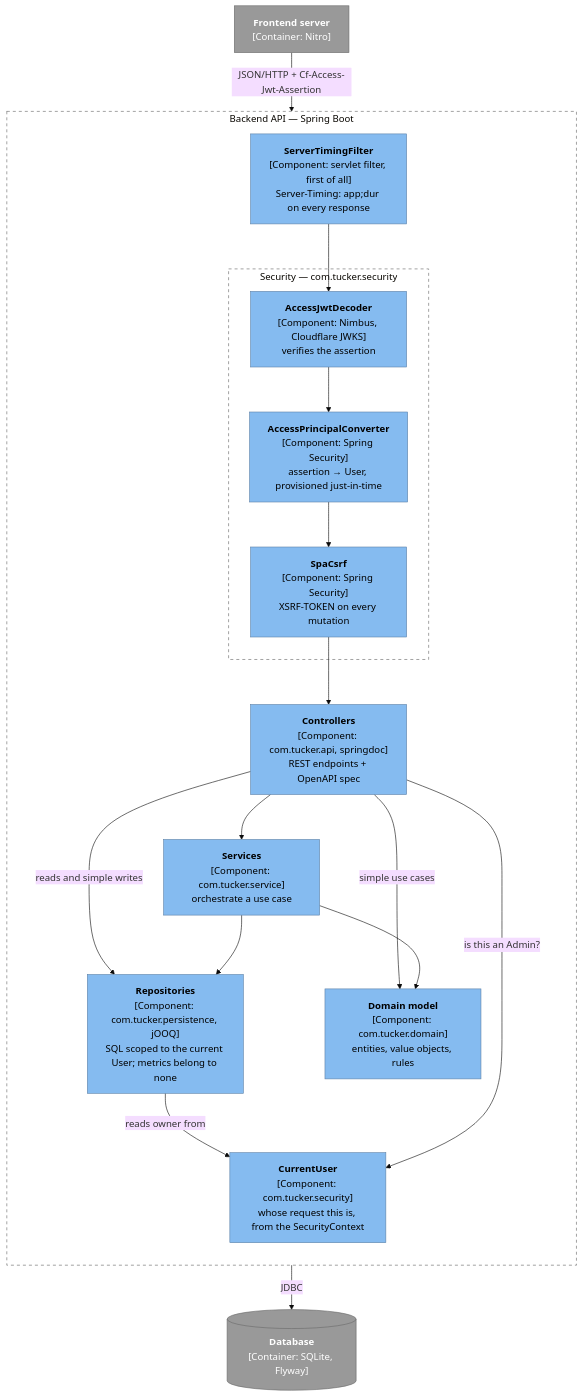
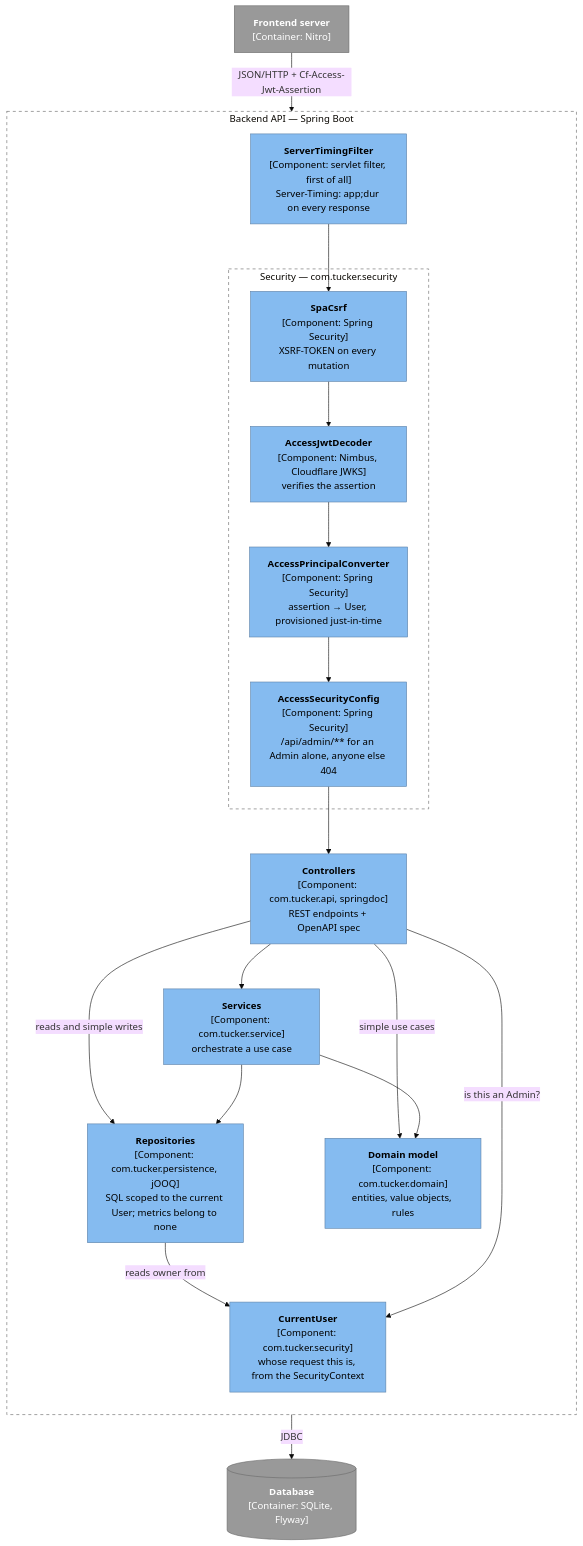
One commit to skrymer/tucker changed the fourth of 10 diagrams in docs/architecture.md. Above: the diagram before and after it, drawn with Mermaid (base theme). The commit also changed other lines of this file and 35 other files, not shown here.

````diff
--- a/docs/architecture.md
+++ b/docs/architecture.md
@@ -160,39 +160,41 @@
 ```mermaid
 flowchart TD
   web["<b>Frontend server</b><br/>[Container: Nitro]"]:::ext
 
   subgraph api["Backend API — Spring Boot"]
     direction TB
     timing["<b>ServerTimingFilter</b><br/>[Component: servlet filter, first of all]<br/>Server-Timing: app;dur on every response"]:::component
     subgraph sec["Security — com.tucker.security"]
       jwt["<b>AccessJwtDecoder</b><br/>[Component: Nimbus, Cloudflare JWKS]<br/>verifies the assertion"]:::component
       principal["<b>AccessPrincipalConverter</b><br/>[Component: Spring Security]<br/>assertion → User, provisioned just-in-time"]:::component
       csrf["<b>SpaCsrf</b><br/>[Component: Spring Security]<br/>XSRF-TOKEN on every mutation"]:::component
+      authz["<b>AccessSecurityConfig</b><br/>[Component: Spring Security]<br/>/api/admin/** for an Admin alone, anyone else 404"]:::component
     end
     current["<b>CurrentUser</b><br/>[Component: com.tucker.security]<br/>whose request this is, from the SecurityContext"]:::component
     controllers["<b>Controllers</b><br/>[Component: com.tucker.api, springdoc]<br/>REST endpoints + OpenAPI spec"]:::component
     services["<b>Services</b><br/>[Component: com.tucker.service]<br/>orchestrate a use case"]:::component
     domain["<b>Domain model</b><br/>[Component: com.tucker.domain]<br/>entities, value objects, rules"]:::component
     repos["<b>Repositories</b><br/>[Component: com.tucker.persistence, jOOQ]<br/>SQL scoped to the current User; metrics belong to none"]:::component
   end
   db[("<b>Database</b><br/>[Container: SQLite, Flyway]")]:::ext
 
   web -- "JSON/HTTP + Cf-Access-Jwt-Assertion" --> timing
-  timing --> jwt
+  timing --> csrf
+  csrf --> jwt
   jwt --> principal
-  principal --> csrf
-  csrf --> controllers
+  principal --> authz
+  authz --> controllers
   controllers --> services
   controllers -- "reads and simple writes" --> repos
   controllers -- "simple use cases" --> domain
   services --> domain
   services --> repos
   repos -- "reads owner from" --> current
   controllers -- "is this an Admin?" --> current
   repos -- "JDBC" --> db
 
   classDef component fill:#85bbf0,color:#000,stroke:#5d82a8
   classDef ext fill:#999,color:#fff,stroke:#6b6b6b
   style api fill:none,stroke:#666,stroke-dasharray:5 5
   style sec fill:none,stroke:#666,stroke-dasharray:5 5
 ```
````
